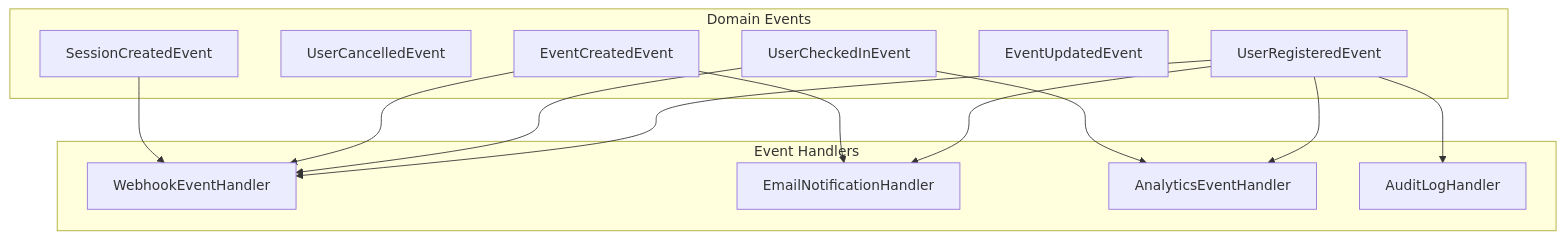
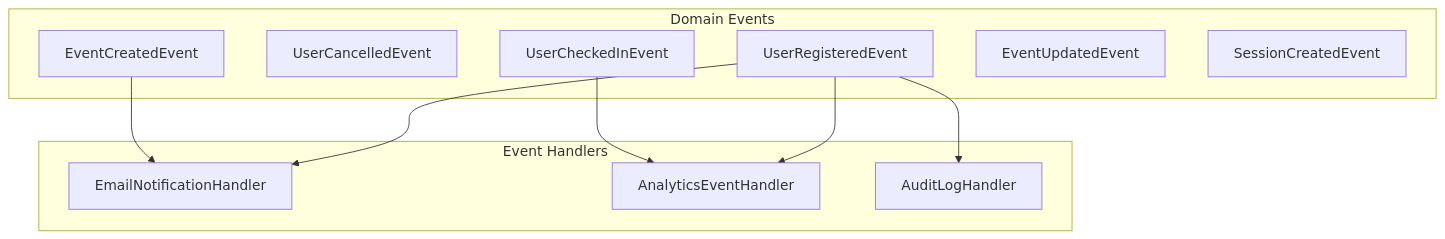
The seventh of 21 diagrams in docs/architecture.md (jpwhite3/eventr), drawn with Mermaid before and after one commit. The commit also changed other lines of this file and 73 other files, not shown here.

First line of the commit message:
refactor: Modular monolith architecture with dependency updates

````diff
--- a/docs/architecture.md
+++ b/docs/architecture.md
@@ -275,31 +331,25 @@
 ```mermaid
 graph TB
     subgraph "Domain Events"
         USER_REG[UserRegisteredEvent]
         USER_CANCEL[UserCancelledEvent]
         USER_CHECKIN[UserCheckedInEvent]
         EVENT_CREATE[EventCreatedEvent]
         EVENT_UPDATE[EventUpdatedEvent]
         SESSION_CREATE[SessionCreatedEvent]
     end
     
     subgraph "Event Handlers"
-        WEBHOOK_HANDLER[WebhookEventHandler]
         EMAIL_HANDLER[EmailNotificationHandler]
         ANALYTICS_HANDLER[AnalyticsEventHandler]
         AUDIT_HANDLER[AuditLogHandler]
     end
     
-    USER_REG --> WEBHOOK_HANDLER
     USER_REG --> EMAIL_HANDLER
     USER_REG --> ANALYTICS_HANDLER
     USER_REG --> AUDIT_HANDLER
     
-    USER_CHECKIN --> WEBHOOK_HANDLER
     USER_CHECKIN --> ANALYTICS_HANDLER
     
-    EVENT_CREATE --> WEBHOOK_HANDLER
     EVENT_CREATE --> EMAIL_HANDLER
-    
-    SESSION_CREATE --> WEBHOOK_HANDLER
 ```
````
